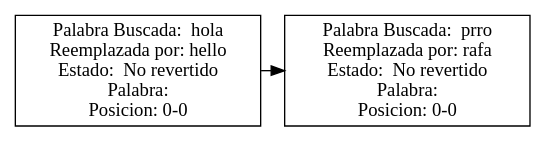
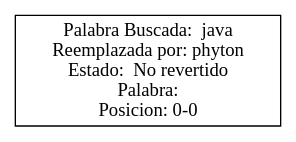
The diagram in Practica 1/PilaCambio.dot (elJuanjoRamos/P1_3STRUCTURAS), drawn with Graphviz before and after one commit. The commit also changed 25 other files, not shown here.

```diff
--- a/Practica 1/PilaCambio.dot
+++ b/Practica 1/PilaCambio.dot
@@ -1,12 +1,7 @@
 digraph G {node[shape = box];
-Nodo0 [label =  "Palabra Buscada:  hola 
-Reemplazada por: hello
+Nodo0 [label =  "Palabra Buscada:  java 
+Reemplazada por: phyton
 Estado:  No revertido
 Palabra: 
 Posicion: 0-0
-"]Nodo1 [label =  "Palabra Buscada:  prro 
-Reemplazada por: rafa
-Estado:  No revertido
-Palabra: 
-Posicion: 0-0
-"]Nodo0->Nodo1{rank=same; Nodo0;Nodo1;}}
+"]{rank=same; Nodo0;}}
```
